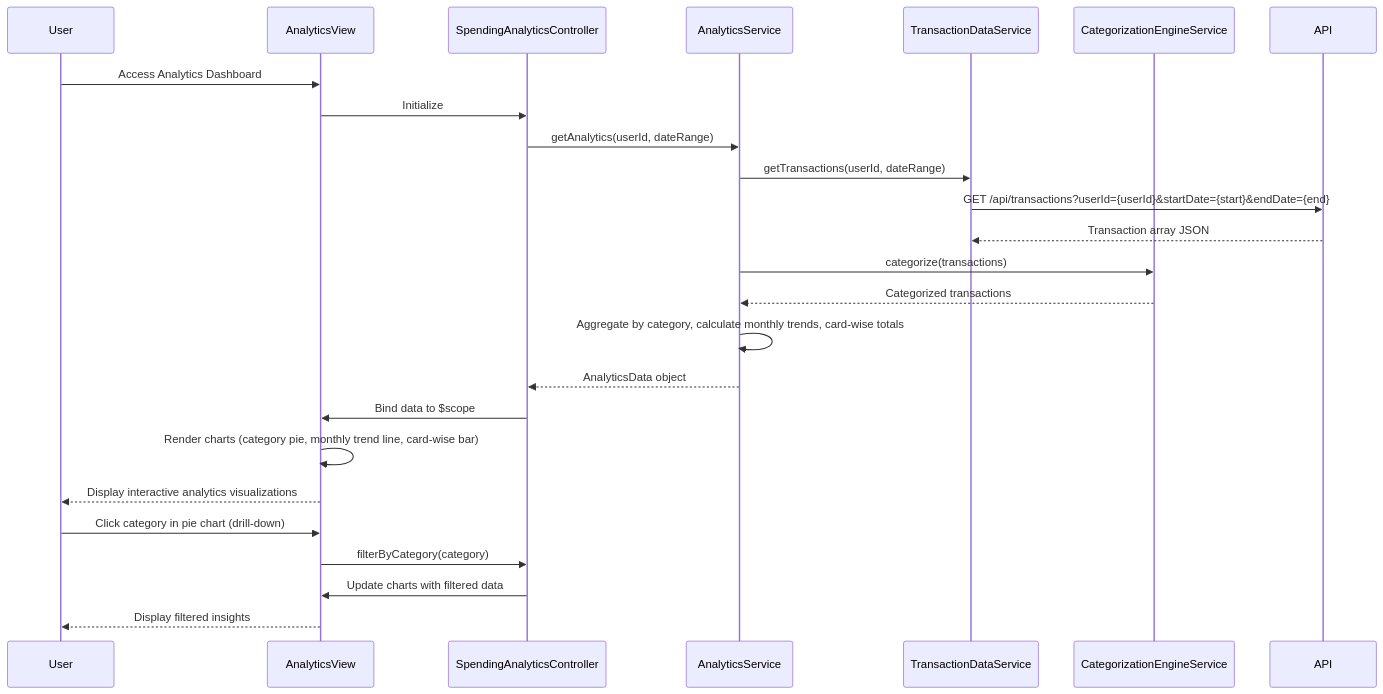
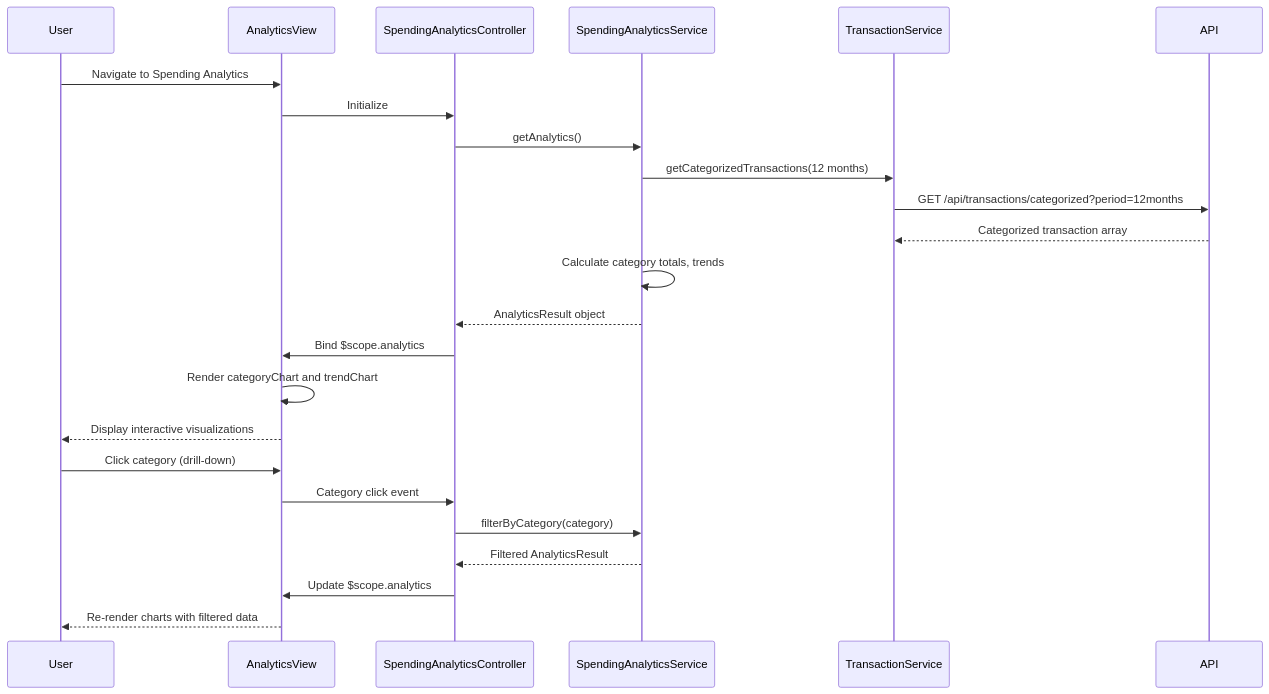
One commit to AAVA-Demo/APB_Demo changed the diagram in LLD/QE-8563_LLD.md. Above: the diagram before and after it, drawn with Mermaid. The commit also changed other lines of this file and 5 other files, not shown here.

````diff
--- a/LLD/QE-8563_LLD.md
+++ b/LLD/QE-8563_LLD.md
@@ -109,28 +79,27 @@
 ```mermaid
 sequenceDiagram
     participant User
     participant AnalyticsView
     participant SpendingAnalyticsController
-    participant AnalyticsService
-    participant TransactionDataService
-    participant CategorizationEngineService
+    participant SpendingAnalyticsService
+    participant TransactionService
     participant API
 
-    User->>AnalyticsView: Access Analytics Dashboard
+    User->>AnalyticsView: Navigate to Spending Analytics
     AnalyticsView->>SpendingAnalyticsController: Initialize
-    SpendingAnalyticsController->>AnalyticsService: getAnalytics(userId, dateRange)
-    AnalyticsService->>TransactionDataService: getTransactions(userId, dateRange)
-    TransactionDataService->>API: GET /api/transactions?userId={userId}&startDate={start}&endDate={end}
-    API-->>TransactionDataService: Transaction array JSON
-    AnalyticsService->>CategorizationEngineService: categorize(transactions)
-    CategorizationEngineService-->>AnalyticsService: Categorized transactions
-    AnalyticsService->>AnalyticsService: Aggregate by category, calculate monthly trends, card-wise totals
-    AnalyticsService-->>SpendingAnalyticsController: AnalyticsData object
-    SpendingAnalyticsController->>AnalyticsView: Bind data to $scope
-    AnalyticsView->>AnalyticsView: Render charts (category pie, monthly trend line, card-wise bar)
-    AnalyticsView-->>User: Display interactive analytics visualizations
-    User->>AnalyticsView: Click category in pie chart (drill-down)
-    AnalyticsView->>SpendingAnalyticsController: filterByCategory(category)
-    SpendingAnalyticsController->>AnalyticsView: Update charts with filtered data
-    AnalyticsView-->>User: Display filtered insights
+    SpendingAnalyticsController->>SpendingAnalyticsService: getAnalytics()
+    SpendingAnalyticsService->>TransactionService: getCategorizedTransactions(12 months)
+    TransactionService->>API: GET /api/transactions/categorized?period=12months
+    API-->>TransactionService: Categorized transaction array
+    SpendingAnalyticsService->>SpendingAnalyticsService: Calculate category totals, trends
+    SpendingAnalyticsService-->>SpendingAnalyticsController: AnalyticsResult object
+    SpendingAnalyticsController->>AnalyticsView: Bind $scope.analytics
+    AnalyticsView->>AnalyticsView: Render categoryChart and trendChart
+    AnalyticsView-->>User: Display interactive visualizations
+    User->>AnalyticsView: Click category (drill-down)
+    AnalyticsView->>SpendingAnalyticsController: Category click event
+    SpendingAnalyticsController->>SpendingAnalyticsService: filterByCategory(category)
+    SpendingAnalyticsService-->>SpendingAnalyticsController: Filtered AnalyticsResult
+    SpendingAnalyticsController->>AnalyticsView: Update $scope.analytics
+    AnalyticsView-->>User: Re-render charts with filtered data
 ```
````
